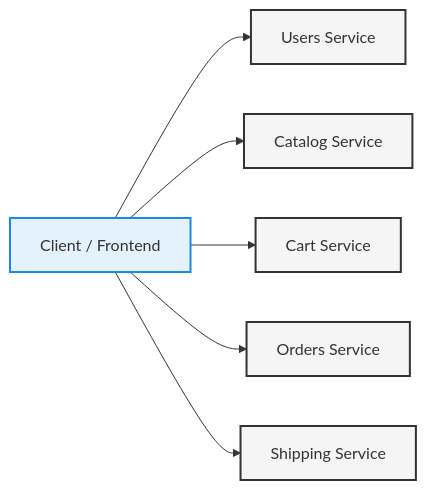
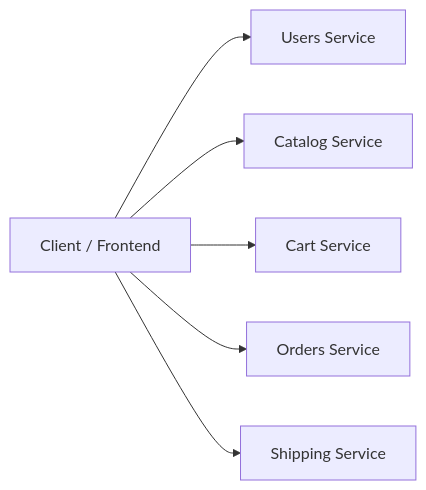
Before and after one commit to JoaquinBenegas2/distributed-systems-in-java: the first of 7 diagrams in api-gateway/API-GATEWAY.md, drawn with Mermaid. The commit also changed other lines of this file, not shown here.

Commit message:
docs(api-gateway): remove redundant class definitions and colors from diagrams

````diff
--- a/api-gateway/API-GATEWAY.md
+++ b/api-gateway/API-GATEWAY.md
@@ -42,16 +42,10 @@
 ```mermaid
 flowchart LR
     Client[Client / Frontend]
 
     Client --> Users[Users Service]
     Client --> Catalog[Catalog Service]
     Client --> Cart[Cart Service]
     Client --> Orders[Orders Service]
     Client --> Shipping[Shipping Service]
-
-    classDef client fill:#e3f2fd,stroke:#1e88e5,stroke-width:2px
-    classDef service fill:#f5f5f5,stroke:#333,stroke-width:2px
-
-    class Client client
-    class Users,Catalog,Cart,Orders,Shipping service
 ```
````
